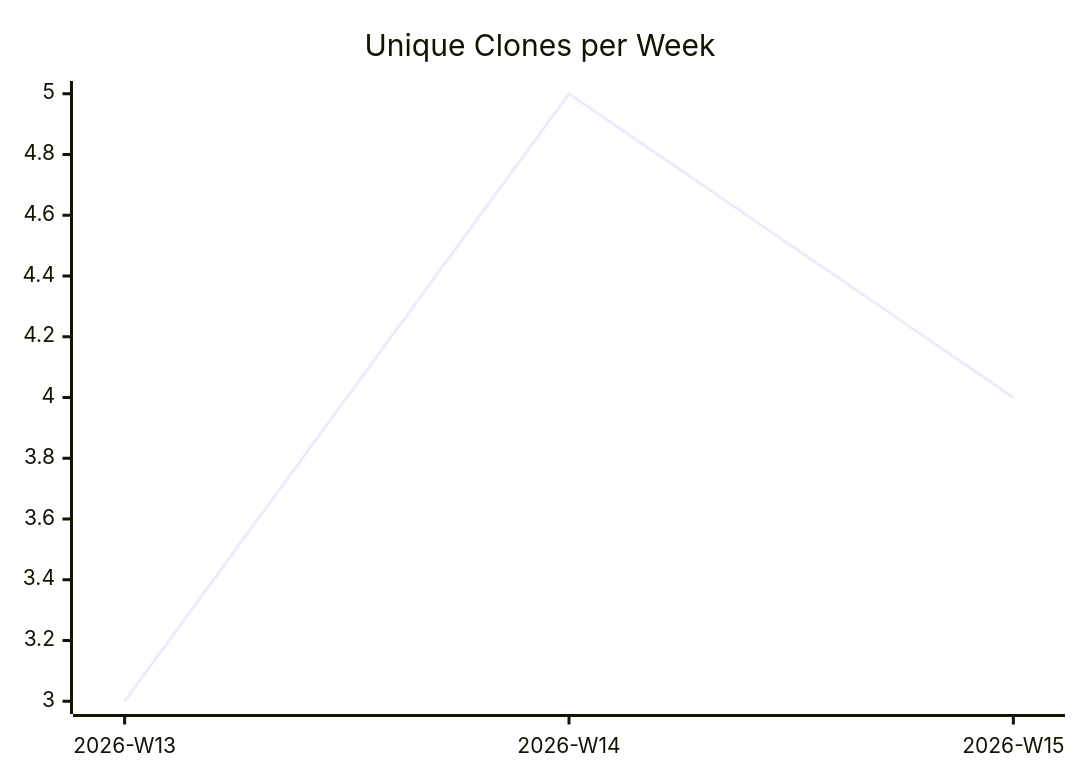
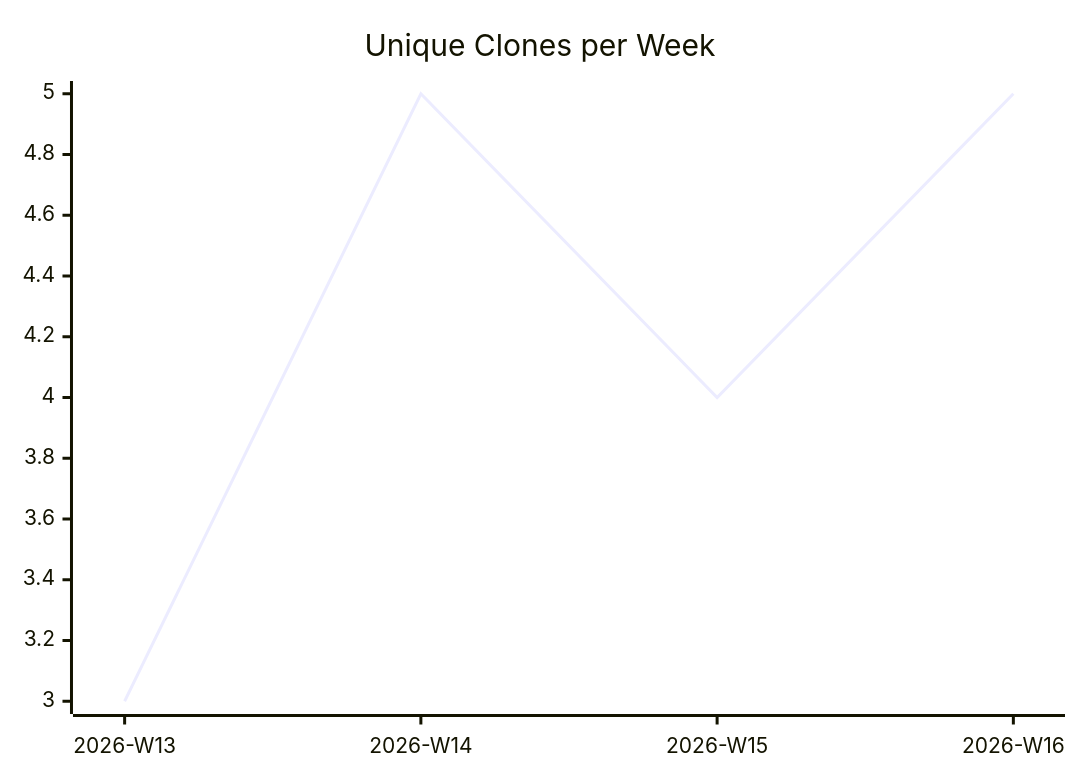
One commit to justdavis-family/github-analytics-data changed the third of 3 diagrams in karlmdavis/dotfiles/README.md. Above: the diagram before and after it, drawn with Mermaid. The commit also changed other lines of this file and 173 other files, not shown here.

````diff
--- a/karlmdavis/dotfiles/README.md
+++ b/karlmdavis/dotfiles/README.md
@@ -19,6 +19,6 @@
 ```mermaid
 xychart-beta
   title "Unique Clones per Week"
-  x-axis ["2026-W13", "2026-W14", "2026-W15"]
-  line [3, 5, 4]
+  x-axis ["2026-W13", "2026-W14", "2026-W15", "2026-W16"]
+  line [3, 5, 4, 5]
 ```
````
